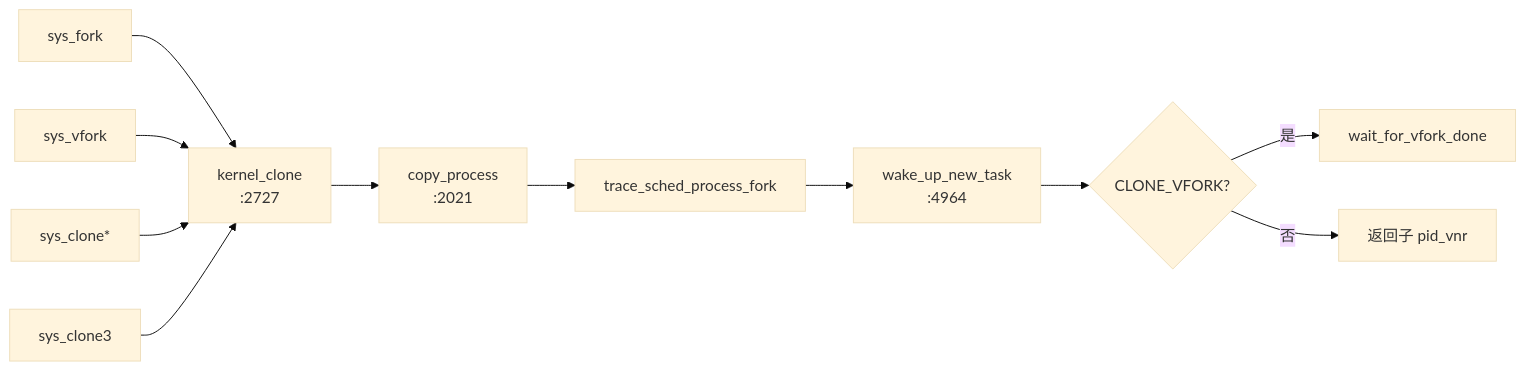
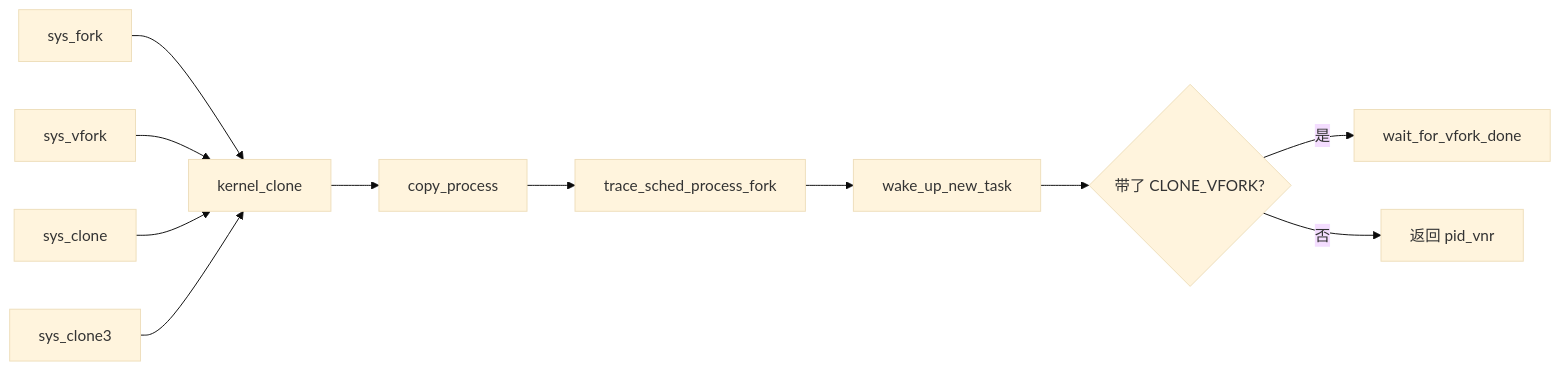
One commit to jinkkkang/kernel-notes changed the diagram in process-management/04-fork-clone.md. Above: the diagram before and after it, drawn with Mermaid (base theme). The commit also changed other lines of this file and 10 other files, not shown here.

````diff
--- a/process-management/04-fork-clone.md
+++ b/process-management/04-fork-clone.md
@@ -7,13 +7,13 @@
 ```mermaid
 flowchart LR
-  fork["sys_fork"] --> kc
+  fork["sys_fork"] --> kc["kernel_clone"]
   vfork["sys_vfork"] --> kc
-  clone["sys_clone*"] --> kc
+  clone["sys_clone"] --> kc
   clone3["sys_clone3"] --> kc
-  kc["kernel_clone\n:2727"] --> cp["copy_process\n:2021"]
+  kc --> cp["copy_process"]
   cp --> tr["trace_sched_process_fork"]
-  tr --> wake["wake_up_new_task\n:4964"]
-  wake --> vfw{"CLONE_VFORK?"}
+  tr --> wake["wake_up_new_task"]
+  wake --> vfw{"带了 CLONE_VFORK?"}
   vfw -->|是| wait["wait_for_vfork_done"]
-  vfw -->|否| ret["返回子 pid_vnr"]
+  vfw -->|否| ret["返回 pid_vnr"]
 ```
````
